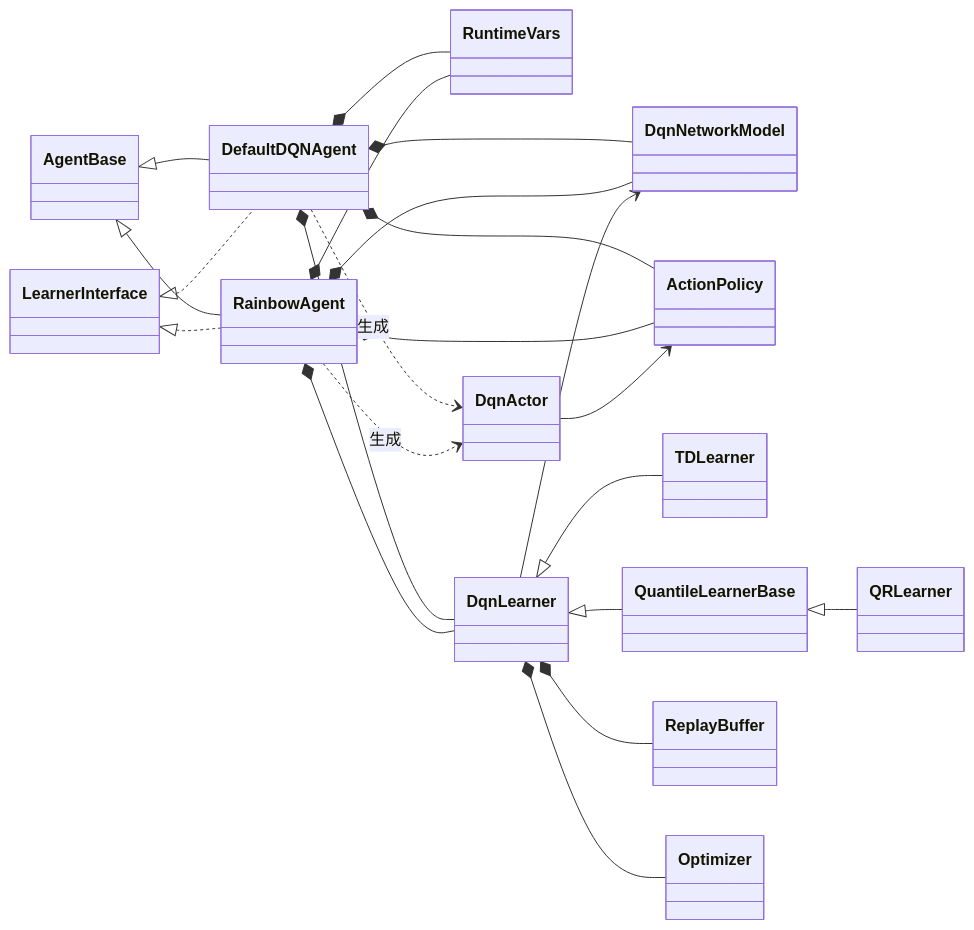
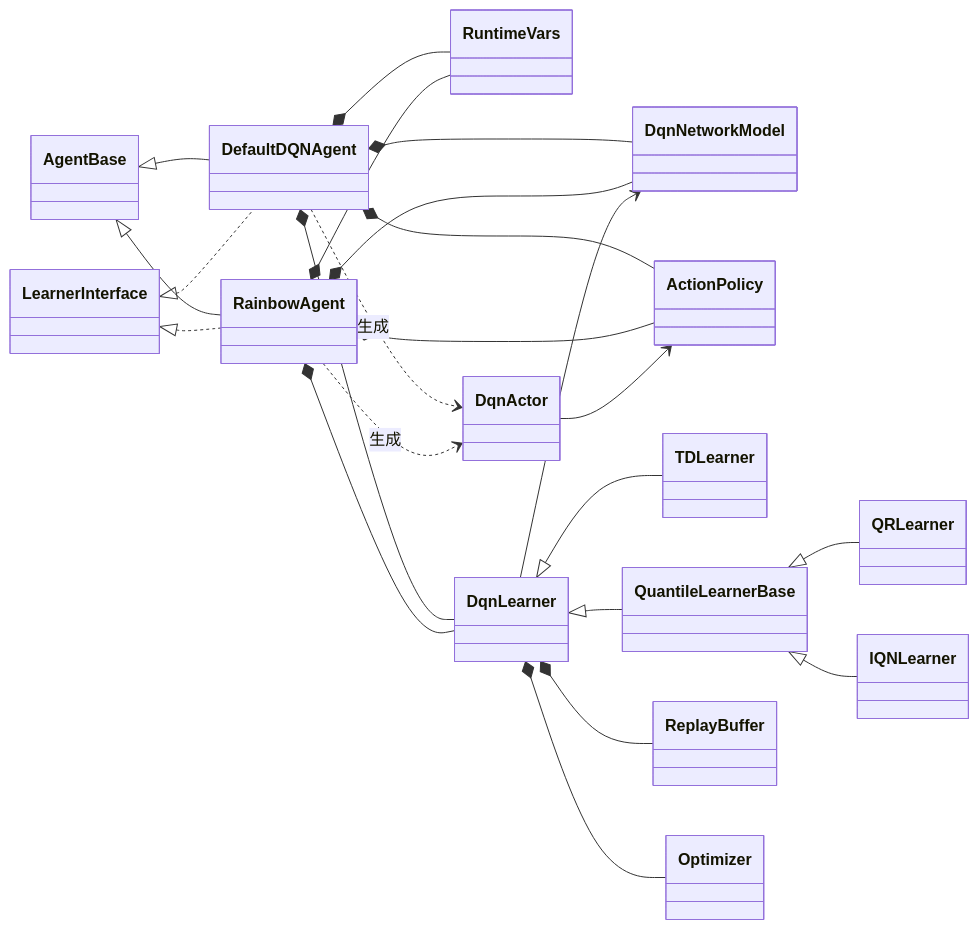
Before and after one commit to kazukin123/anet-lab: the first of 4 diagrams in docs/design/200_dqn_agents.jp.md, drawn with Mermaid. The commit also changed other lines of this file and 37 other files, not shown here.

````diff
--- a/docs/design/200_dqn_agents.jp.md
+++ b/docs/design/200_dqn_agents.jp.md
@@ -94,41 +102,43 @@
 ```mermaid
 classDiagram
 direction LR
 
 class AgentBase
 class LearnerInterface
 class DefaultDQNAgent
 class RainbowAgent
 class RuntimeVars
 class DqnNetworkModel
 class ActionPolicy
 class DqnActor
 class DqnLearner
 class TDLearner
 class QuantileLearnerBase
 class QRLearner
+class IQNLearner
 class ReplayBuffer
 class Optimizer
 
 AgentBase <|-- DefaultDQNAgent
 AgentBase <|-- RainbowAgent
 LearnerInterface <|.. DefaultDQNAgent
 LearnerInterface <|.. RainbowAgent
 DefaultDQNAgent *-- RuntimeVars
 RainbowAgent *-- RuntimeVars
 DefaultDQNAgent *-- DqnNetworkModel
 RainbowAgent *-- DqnNetworkModel
 DefaultDQNAgent *-- ActionPolicy
 RainbowAgent *-- ActionPolicy
 DefaultDQNAgent *-- DqnLearner
 RainbowAgent *-- DqnLearner
 DefaultDQNAgent ..> DqnActor : 生成
 RainbowAgent ..> DqnActor : 生成
 DqnLearner <|-- TDLearner
 DqnLearner <|-- QuantileLearnerBase
 QuantileLearnerBase <|-- QRLearner
+QuantileLearnerBase <|-- IQNLearner
 DqnLearner *-- ReplayBuffer
 DqnLearner *-- Optimizer
 DqnLearner --> DqnNetworkModel
 DqnActor --> ActionPolicy
 ```
````
